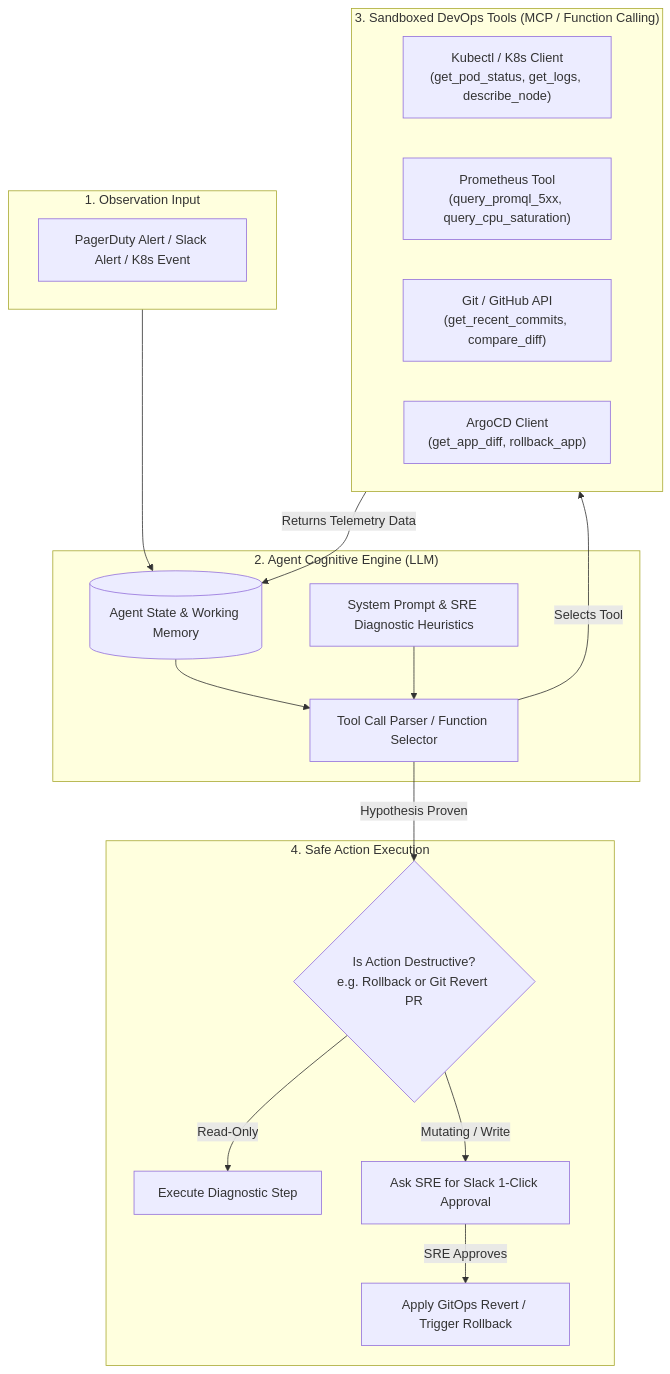
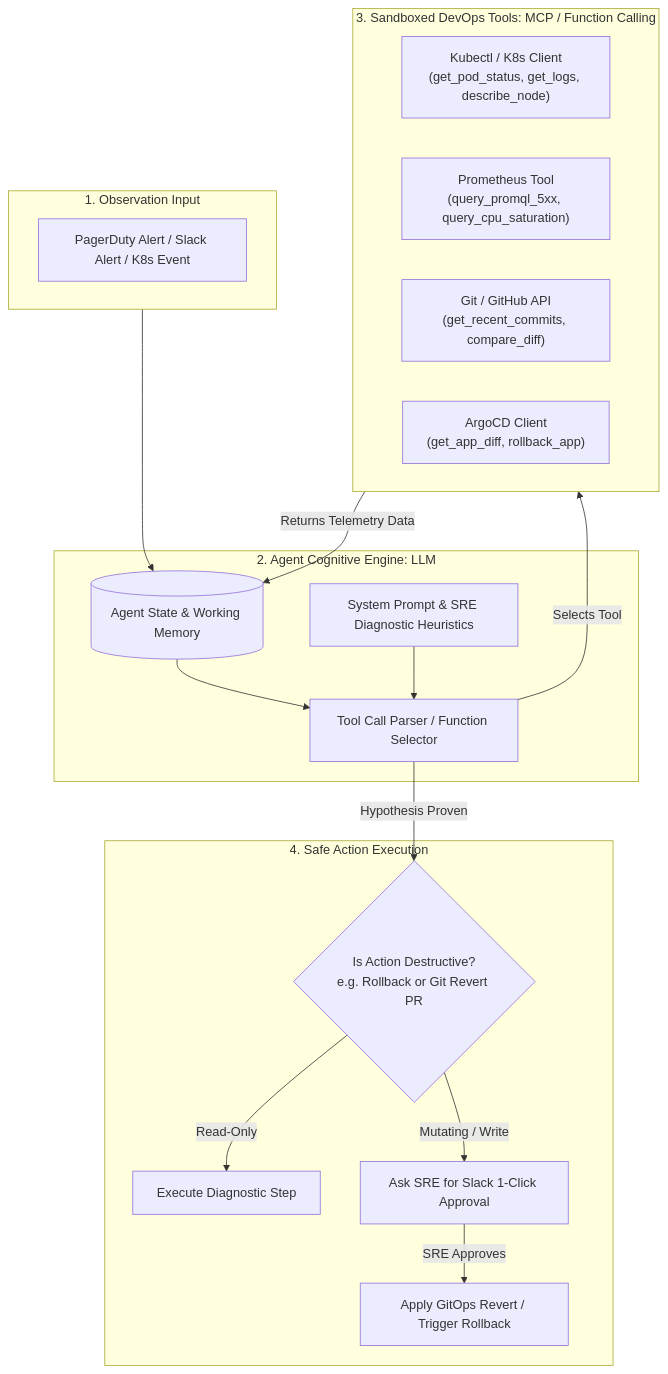
Before and after one commit to purnareddy9/dev: the diagram in 05-devops-agents/ai-devops-agents/architecture.md, drawn with Mermaid. The commit also changed 8 other files, not shown here.

Commit message:
fix: sanitize Mermaid diagrams with quoted labels and edge strings for GitHub markdown rendering

````diff
--- a/05-devops-agents/ai-devops-agents/architecture.md
+++ b/05-devops-agents/ai-devops-agents/architecture.md
@@ -18,37 +18,37 @@
 ```mermaid
 flowchart TD
     subgraph Trigger["1. Observation Input"]
-        Alert[PagerDuty Alert / Slack Alert / K8s Event]
+        Alert["PagerDuty Alert / Slack Alert / K8s Event"]
     end
 
-    subgraph AgentCore["2. Agent Cognitive Engine (LLM)"]
-        State[(Agent State & Working Memory)]
-        Prompt[System Prompt & SRE Diagnostic Heuristics]
-        Router[Tool Call Parser / Function Selector]
+    subgraph AgentCore["2. Agent Cognitive Engine: LLM"]
+        State[("Agent State & Working Memory")]
+        Prompt["System Prompt & SRE Diagnostic Heuristics"]
+        Router["Tool Call Parser / Function Selector"]
         
         State --> Router
         Prompt --> Router
     end
 
-    subgraph ToolBelt["3. Sandboxed DevOps Tools (MCP / Function Calling)"]
-        K8s_Tool["Kubectl / K8s Client\n(get_pod_status, get_logs, describe_node)"]
-        Prom_Tool["Prometheus Tool\n(query_promql_5xx, query_cpu_saturation)"]
-        Git_Tool["Git / GitHub API\n(get_recent_commits, compare_diff)"]
-        Argo_Tool["ArgoCD Client\n(get_app_diff, rollback_app)"]
+    subgraph ToolBelt["3. Sandboxed DevOps Tools: MCP / Function Calling"]
+        K8s_Tool["Kubectl / K8s Client<br/>(get_pod_status, get_logs, describe_node)"]
+        Prom_Tool["Prometheus Tool<br/>(query_promql_5xx, query_cpu_saturation)"]
+        Git_Tool["Git / GitHub API<br/>(get_recent_commits, compare_diff)"]
+        Argo_Tool["ArgoCD Client<br/>(get_app_diff, rollback_app)"]
     end
 
     subgraph HumanLoop["4. Safe Action Execution"]
-        Approval{Is Action Destructive?\ne.g. Rollback or Git Revert PR}
-        AutoRun[Execute Diagnostic Step]
-        SlackAsk[Ask SRE for Slack 1-Click Approval]
-        ProdAction[Apply GitOps Revert / Trigger Rollback]
+        Approval{"Is Action Destructive?<br/>e.g. Rollback or Git Revert PR"}
+        AutoRun["Execute Diagnostic Step"]
+        SlackAsk["Ask SRE for Slack 1-Click Approval"]
+        ProdAction["Apply GitOps Revert / Trigger Rollback"]
     end
 
     Trigger --> State
-    Router -->|Selects Tool| ToolBelt
-    ToolBelt -->|Returns Telemetry Data| State
-    Router -->|Hypothesis Proven| Approval
-    Approval -->|Read-Only| AutoRun
-    Approval -->|Mutating / Write| SlackAsk
-    SlackAsk -->|SRE Approves| ProdAction
+    Router -->|"Selects Tool"| ToolBelt
+    ToolBelt -->|"Returns Telemetry Data"| State
+    Router -->|"Hypothesis Proven"| Approval
+    Approval -->|"Read-Only"| AutoRun
+    Approval -->|"Mutating / Write"| SlackAsk
+    SlackAsk -->|"SRE Approves"| ProdAction
 ```
````
